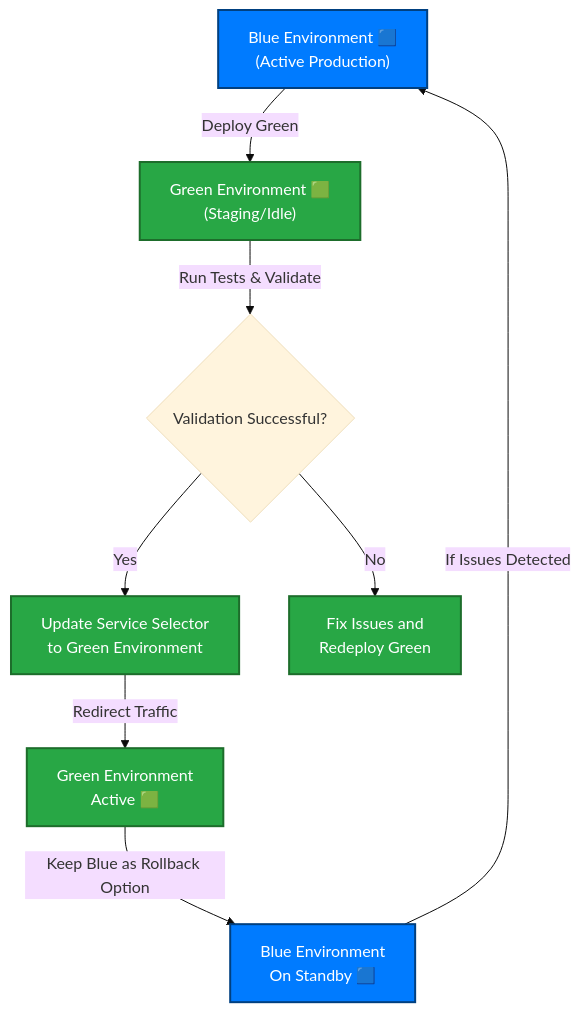
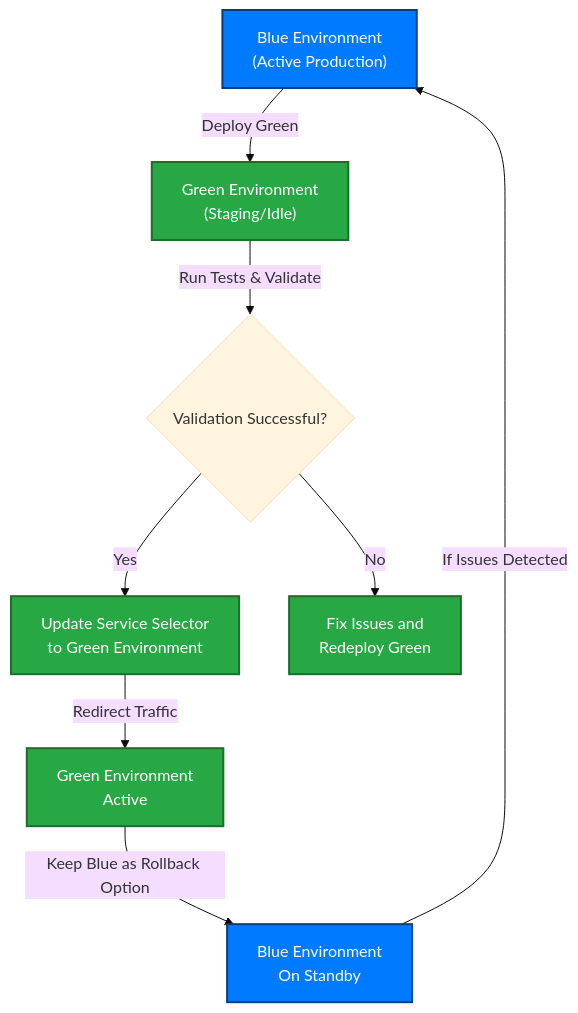
The diagram in README.md (govind02420/Blue_green_Deployment), drawn with Mermaid (base theme) before and after one commit. The commit also changed other lines of this file, not shown here.

````diff
--- a/README.md
+++ b/README.md
@@ -315,14 +304,14 @@
 ```mermaid
 graph TD
-    A["Blue Environment 🟦 \n(Active Production)"]:::blue -->|Deploy Green| B["Green Environment 🟩 \n(Staging/Idle)"]:::green
+    A["Blue Environment\n(Active Production)"]:::blue -->|Deploy Green| B["Green Environment \n(Staging/Idle)"]:::green
     B -->|Run Tests & Validate| C{Validation Successful?}
     C -->|Yes| D["Update Service Selector\nto Green Environment"]:::green
     C -->|No| F["Fix Issues and\nRedeploy Green"]:::green
-    D -->|Redirect Traffic| E["Green Environment\nActive 🟩"]:::green
-    E -->|Keep Blue as Rollback Option| G["Blue Environment\nOn Standby 🟦"]:::blue
+    D -->|Redirect Traffic| E["Green Environment\nActive"]:::green
+    E -->|Keep Blue as Rollback Option| G["Blue Environment\nOn Standby"]:::blue
     G -->|If Issues Detected| A
 
     classDef blue fill:#007bff,stroke:#004080,color:#ffffff,stroke-width:2px;
     classDef green fill:#28a745,stroke:#1d6d2b,color:#ffffff,stroke-width:2px;
 
 ```
````
